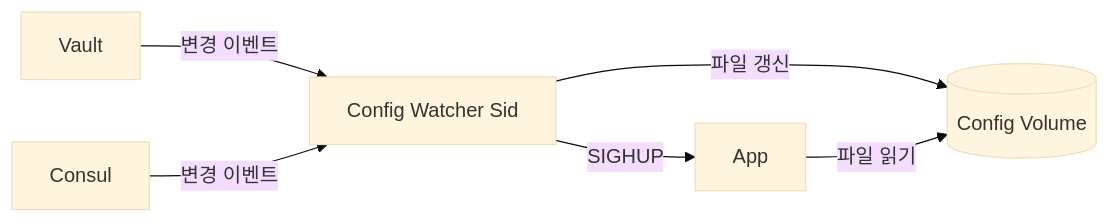
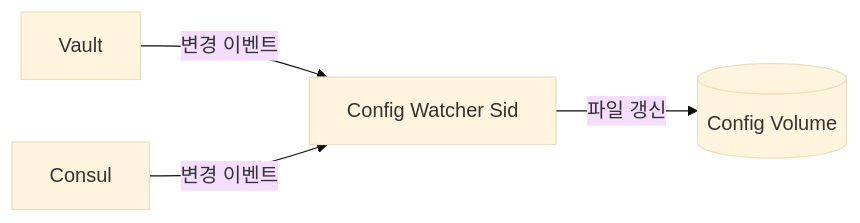
The fourth of 8 diagrams in _posts/architecture/2026-05-02-sidecar-pattern.md (yjkim2015/yjkim2015.github.io), drawn with Mermaid (base theme) before and after one commit. The commit also changed other lines of this file and 149 other files, not shown here.

First line of the commit message:
Mermaid 가독성 개선: 라벨 축약, 노드 축소, TD→LR 변환

````diff
--- a/_posts/architecture/2026-05-02-sidecar-pattern.md
+++ b/_posts/architecture/2026-05-02-sidecar-pattern.md
@@ -114,8 +109,6 @@
 ```mermaid
 graph LR
     Vault["Vault"] -- 변경 이벤트 --> CS["Config Watcher Sid"]
     Consul["Consul"] -- 변경 이벤트 --> CS
     CS -- 파일 갱신 --> CV[("Config Volume")]
-    App["App"] -- 파일 읽기 --> CV
-    CS -- SIGHUP --> App
 ```
````
